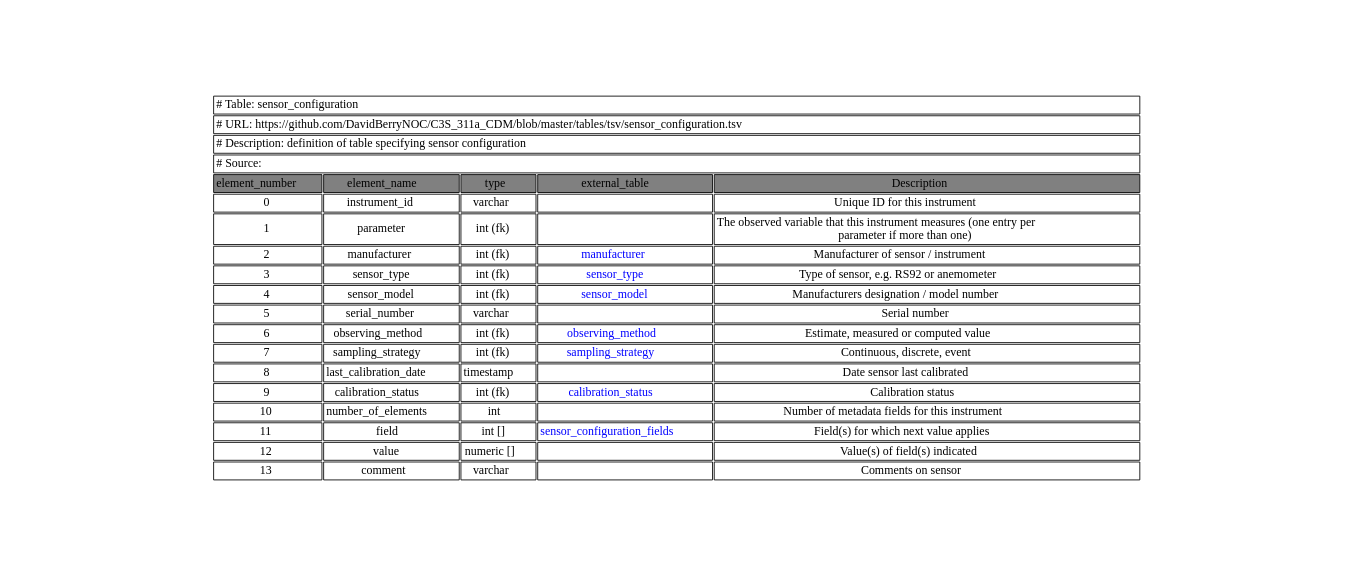
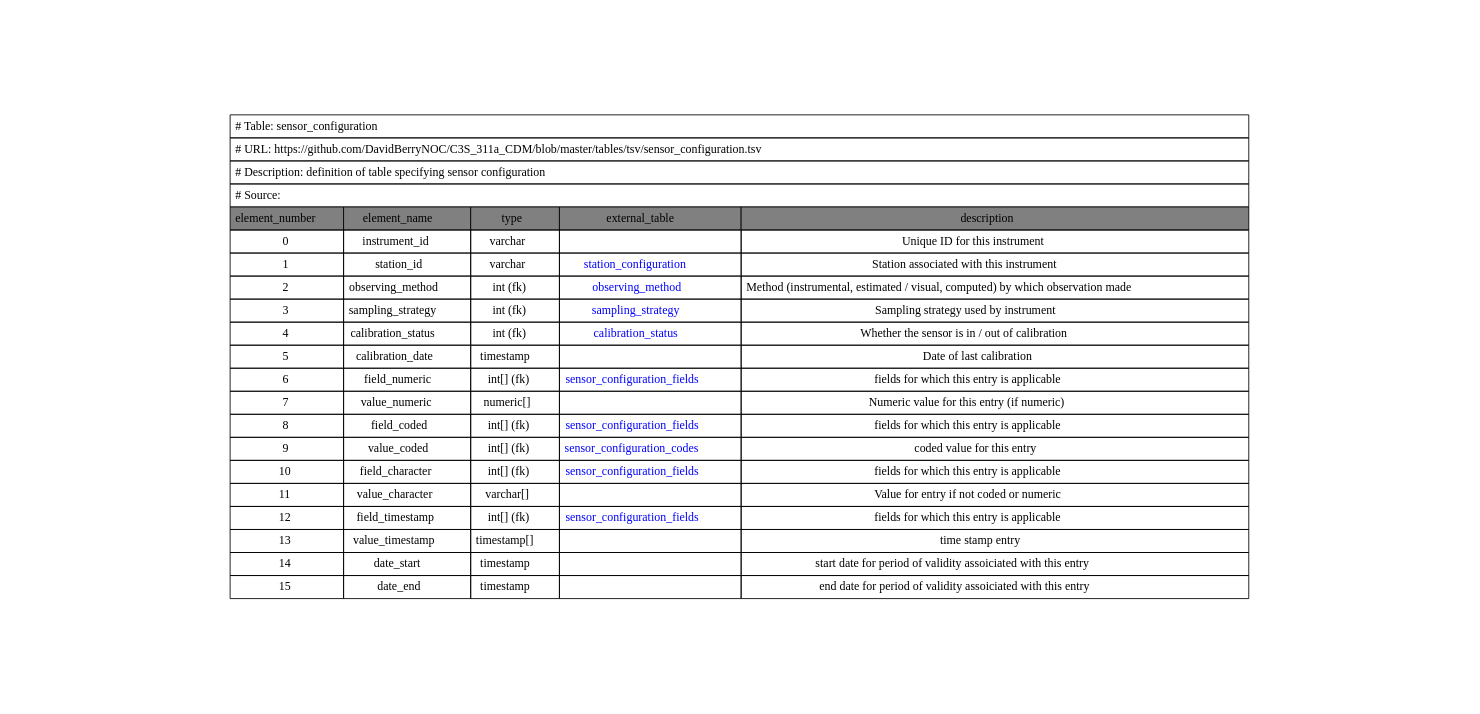
One commit to glamod/common_data_model changed the diagram in graphviz/sensor_configuration.gv. Above: the diagram before and after it, drawn with Graphviz. The commit also changed 269 other files, not shown here.

```diff
--- a/graphviz/sensor_configuration.gv
+++ b/graphviz/sensor_configuration.gv
@@ -1,24 +1,26 @@
 digraph sensor_configuration {
 node [color=white]
-sensor_configuration [label=<<TABLE BORDER="0" CELLBORDER="1" CELLSPACING="2" COLOR="BLACK">
+sensor_configuration [label=<<TABLE BORDER="0" CELLBORDER="1" CELLSPACING="0" CELLPADDING="5" COLOR="BLACK">
 <TR><TD COLSPAN="5" ALIGN="left" PORT="head"># Table: sensor_configuration</TD></TR>
 <TR><TD COLSPAN="5" ALIGN="left"># URL: https://github.com/DavidBerryNOC/C3S_311a_CDM/blob/master/tables/tsv/sensor_configuration.tsv</TD></TR>
 <TR><TD ALIGN="left" COLSPAN="5"># Description: definition of table specifying sensor configuration</TD></TR>
 <TR><TD ALIGN="left" COLSPAN="5"># Source:</TD></TR>
-<TR><TD BGCOLOR="GRAY">element_number</TD><TD BGCOLOR="GRAY">element_name</TD><TD BGCOLOR="GRAY">type</TD><TD BGCOLOR="GRAY">external_table</TD><TD BGCOLOR="GRAY">Description</TD></TR>
+<TR><TD BGCOLOR="GRAY">element_number</TD><TD BGCOLOR="GRAY">element_name</TD><TD BGCOLOR="GRAY">type</TD><TD BGCOLOR="GRAY">external_table</TD><TD BGCOLOR="GRAY">description</TD></TR>
 <TR><TD PORT="instrument_idL">0</TD><TD>instrument_id </TD><TD>varchar </TD><TD></TD><TD PORT="instrument_idR">Unique ID for this instrument </TD></TR>
-<TR><TD PORT="parameterL">1</TD><TD>parameter </TD><TD>int (fk) </TD><TD></TD><TD PORT="parameterR">The observed variable that this instrument measures (one entry per <BR/>parameter if more than one) </TD></TR>
-<TR><TD PORT="manufacturerL">2</TD><TD>manufacturer </TD><TD>int (fk) </TD><TD HREF="https://github.com/DavidBerryNOC/C3S_311a_CDM/blob/master/tables/tsv/manufacturer.tsv"><FONT color="blue">manufacturer </FONT></TD><TD PORT="manufacturerR">Manufacturer of sensor / instrument </TD></TR>
-<TR><TD PORT="sensor_typeL">3</TD><TD>sensor_type </TD><TD>int (fk) </TD><TD HREF="https://github.com/DavidBerryNOC/C3S_311a_CDM/blob/master/tables/tsv/sensor_type.tsv"><FONT color="blue">sensor_type </FONT></TD><TD PORT="sensor_typeR">Type of sensor, e.g. RS92 or anemometer </TD></TR>
-<TR><TD PORT="sensor_modelL">4</TD><TD>sensor_model </TD><TD>int (fk) </TD><TD HREF="https://github.com/DavidBerryNOC/C3S_311a_CDM/blob/master/tables/tsv/sensor_model.tsv"><FONT color="blue">sensor_model </FONT></TD><TD PORT="sensor_modelR">Manufacturers designation / model number </TD></TR>
-<TR><TD PORT="serial_numberL">5</TD><TD>serial_number </TD><TD>varchar </TD><TD></TD><TD PORT="serial_numberR">Serial number </TD></TR>
-<TR><TD PORT="observing_methodL">6</TD><TD>observing_method </TD><TD>int (fk) </TD><TD HREF="https://github.com/DavidBerryNOC/C3S_311a_CDM/blob/master/tables/tsv/observing_method.tsv"><FONT color="blue">observing_method </FONT></TD><TD PORT="observing_methodR">Estimate, measured or computed value </TD></TR>
-<TR><TD PORT="sampling_strategyL">7</TD><TD>sampling_strategy </TD><TD>int (fk) </TD><TD HREF="https://github.com/DavidBerryNOC/C3S_311a_CDM/blob/master/tables/tsv/sampling_strategy.tsv"><FONT color="blue">sampling_strategy </FONT></TD><TD PORT="sampling_strategyR">Continuous, discrete, event </TD></TR>
-<TR><TD PORT="last_calibration_dateL">8</TD><TD>last_calibration_date </TD><TD>timestamp </TD><TD></TD><TD PORT="last_calibration_dateR">Date sensor last calibrated </TD></TR>
-<TR><TD PORT="calibration_statusL">9</TD><TD>calibration_status </TD><TD>int (fk) </TD><TD HREF="https://github.com/DavidBerryNOC/C3S_311a_CDM/blob/master/tables/tsv/calibration_status.tsv"><FONT color="blue">calibration_status </FONT></TD><TD PORT="calibration_statusR">Calibration status </TD></TR>
-<TR><TD PORT="number_of_elementsL">10</TD><TD>number_of_elements </TD><TD>int </TD><TD></TD><TD PORT="number_of_elementsR">Number of metadata fields for this instrument </TD></TR>
-<TR><TD PORT="fieldL">11</TD><TD>field </TD><TD>int [] </TD><TD HREF="https://github.com/DavidBerryNOC/C3S_311a_CDM/blob/master/tables/tsv/sensor_configuration_fields.tsv"><FONT color="blue">sensor_configuration_fields </FONT></TD><TD PORT="fieldR">Field(s) for which next value applies </TD></TR>
-<TR><TD PORT="valueL">12</TD><TD>value </TD><TD>numeric [] </TD><TD></TD><TD PORT="valueR">Value(s) of field(s) indicated </TD></TR>
-<TR><TD PORT="commentL">13</TD><TD>comment </TD><TD>varchar </TD><TD></TD><TD PORT="commentR">Comments on sensor </TD></TR>
+<TR><TD PORT="station_idL">1</TD><TD>station_id </TD><TD>varchar </TD><TD HREF="https://github.com/DavidBerryNOC/C3S_311a_CDM/blob/master/tables/tsv/station_configuration.tsv"><FONT color="blue">station_configuration </FONT></TD><TD PORT="station_idR">Station associated with this instrument </TD></TR>
+<TR><TD PORT="observing_methodL">2</TD><TD>observing_method </TD><TD>int (fk) </TD><TD HREF="https://github.com/DavidBerryNOC/C3S_311a_CDM/blob/master/tables/tsv/observing_method.tsv"><FONT color="blue">observing_method </FONT></TD><TD PORT="observing_methodR">Method (instrumental, estimated / visual, computed) by which observation made <BR/></TD></TR>
+<TR><TD PORT="sampling_strategyL">3</TD><TD>sampling_strategy </TD><TD>int (fk) </TD><TD HREF="https://github.com/DavidBerryNOC/C3S_311a_CDM/blob/master/tables/tsv/sampling_strategy.tsv"><FONT color="blue">sampling_strategy </FONT></TD><TD PORT="sampling_strategyR">Sampling strategy used by instrument </TD></TR>
+<TR><TD PORT="calibration_statusL">4</TD><TD>calibration_status </TD><TD>int (fk) </TD><TD HREF="https://github.com/DavidBerryNOC/C3S_311a_CDM/blob/master/tables/tsv/calibration_status.tsv"><FONT color="blue">calibration_status </FONT></TD><TD PORT="calibration_statusR">Whether the sensor is in / out of calibration </TD></TR>
+<TR><TD PORT="calibration_dateL">5</TD><TD>calibration_date </TD><TD>timestamp </TD><TD></TD><TD PORT="calibration_dateR">Date of last calibration </TD></TR>
+<TR><TD PORT="field_numericL">6</TD><TD>field_numeric </TD><TD>int[] (fk) </TD><TD HREF="https://github.com/DavidBerryNOC/C3S_311a_CDM/blob/master/tables/tsv/sensor_configuration_fields.tsv"><FONT color="blue">sensor_configuration_fields </FONT></TD><TD PORT="field_numericR">fields for which this entry is applicable </TD></TR>
+<TR><TD PORT="value_numericL">7</TD><TD>value_numeric </TD><TD>numeric[] </TD><TD></TD><TD PORT="value_numericR">Numeric value for this entry (if numeric) </TD></TR>
+<TR><TD PORT="field_codedL">8</TD><TD>field_coded </TD><TD>int[] (fk) </TD><TD HREF="https://github.com/DavidBerryNOC/C3S_311a_CDM/blob/master/tables/tsv/sensor_configuration_fields.tsv"><FONT color="blue">sensor_configuration_fields </FONT></TD><TD PORT="field_codedR">fields for which this entry is applicable </TD></TR>
+<TR><TD PORT="value_codedL">9</TD><TD>value_coded </TD><TD>int[] (fk) </TD><TD HREF="https://github.com/DavidBerryNOC/C3S_311a_CDM/blob/master/tables/tsv/sensor_configuration_codes.tsv"><FONT color="blue">sensor_configuration_codes </FONT></TD><TD PORT="value_codedR">coded value for this entry </TD></TR>
+<TR><TD PORT="field_characterL">10</TD><TD>field_character </TD><TD>int[] (fk) </TD><TD HREF="https://github.com/DavidBerryNOC/C3S_311a_CDM/blob/master/tables/tsv/sensor_configuration_fields.tsv"><FONT color="blue">sensor_configuration_fields </FONT></TD><TD PORT="field_characterR">fields for which this entry is applicable </TD></TR>
+<TR><TD PORT="value_characterL">11</TD><TD>value_character </TD><TD>varchar[] </TD><TD></TD><TD PORT="value_characterR">Value for entry if not coded or numeric </TD></TR>
+<TR><TD PORT="field_timestampL">12</TD><TD>field_timestamp </TD><TD>int[] (fk) </TD><TD HREF="https://github.com/DavidBerryNOC/C3S_311a_CDM/blob/master/tables/tsv/sensor_configuration_fields.tsv"><FONT color="blue">sensor_configuration_fields </FONT></TD><TD PORT="field_timestampR">fields for which this entry is applicable </TD></TR>
+<TR><TD PORT="value_timestampL">13</TD><TD>value_timestamp </TD><TD>timestamp[] </TD><TD></TD><TD PORT="value_timestampR">time stamp entry </TD></TR>
+<TR><TD PORT="date_startL">14</TD><TD>date_start </TD><TD>timestamp </TD><TD></TD><TD PORT="date_startR">start date for period of validity assoiciated with this entry <BR/></TD></TR>
+<TR><TD PORT="date_endL">15</TD><TD>date_end </TD><TD>timestamp </TD><TD></TD><TD PORT="date_endR">end date for period of validity assoiciated with this entry <BR/></TD></TR>
 </TABLE>>];
 }
```
